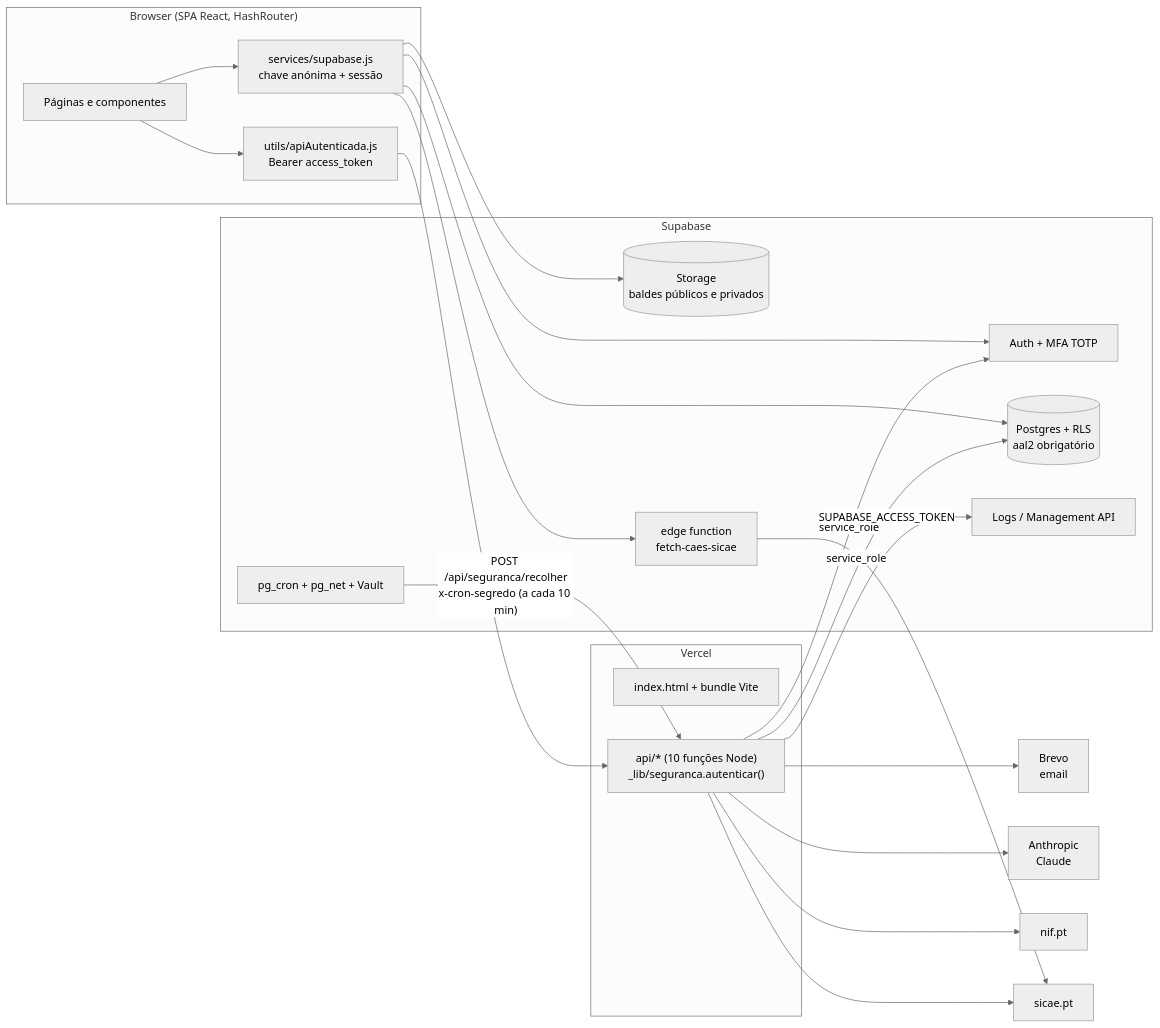
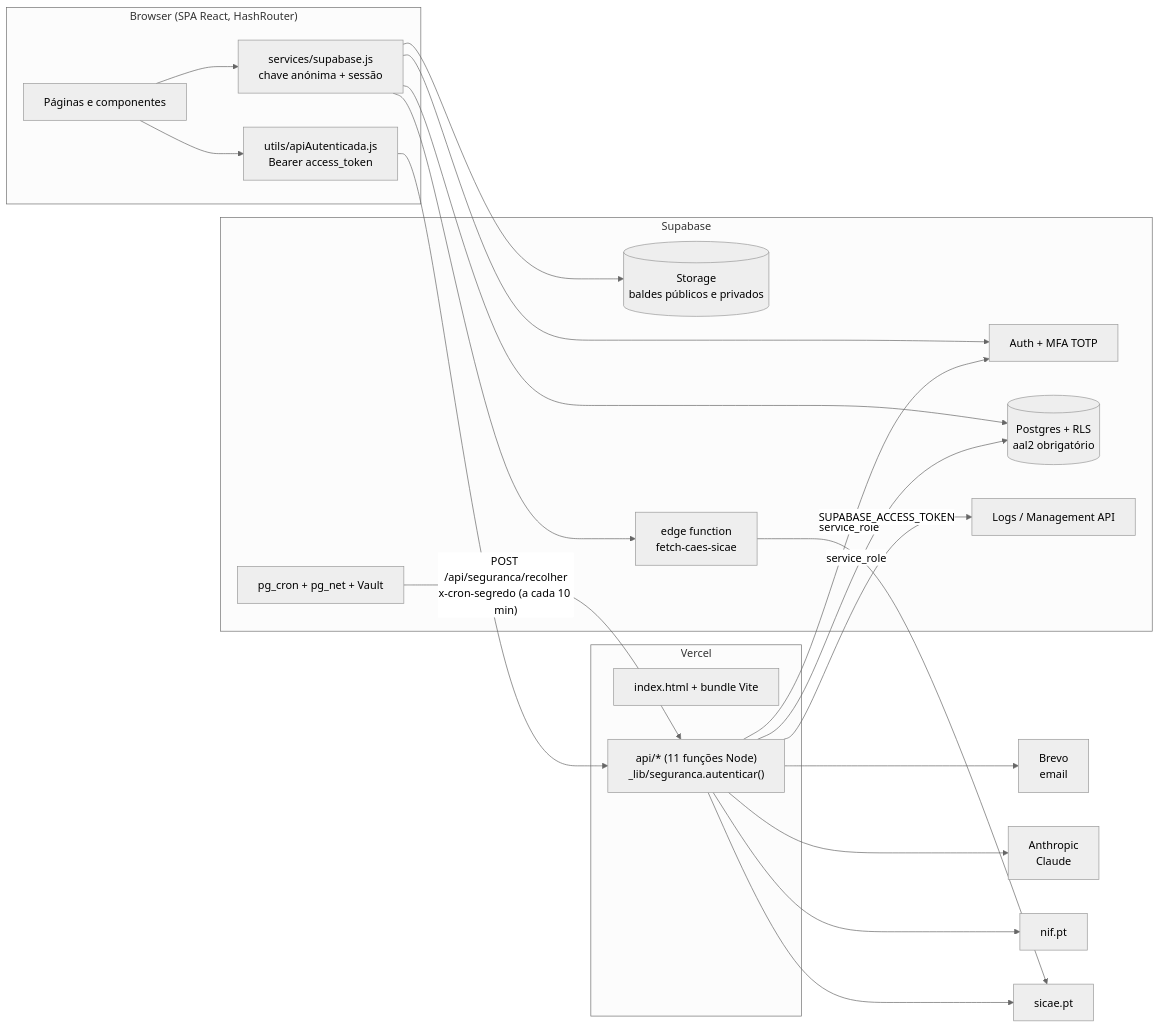
Before and after one commit to gabrielpedro06/main: the diagram in docs/01-arquitetura.md, drawn with Mermaid (neutral theme). The commit also changed 17 other files, not shown here.

````diff
--- a/docs/01-arquitetura.md
+++ b/docs/01-arquitetura.md
@@ -308,41 +308,41 @@
 ```mermaid
 flowchart LR
   subgraph Browser["Browser (SPA React, HashRouter)"]
     UI[Páginas e componentes]
     SB[services/supabase.js<br/>chave anónima + sessão]
     API[utils/apiAutenticada.js<br/>Bearer access_token]
   end
 
   subgraph Vercel
     STATIC[index.html + bundle Vite]
-    FN["api/* (10 funções Node)<br/>_lib/seguranca.autenticar()"]
+    FN["api/* (11 funções Node)<br/>_lib/seguranca.autenticar()"]
   end
 
   subgraph Supabase
     AUTH[Auth + MFA TOTP]
     DB[(Postgres + RLS<br/>aal2 obrigatório)]
     ST[(Storage<br/>baldes públicos e privados)]
     CRON[pg_cron + pg_net + Vault]
     EDGE[edge function<br/>fetch-caes-sicae]
     LOGS[Logs / Management API]
   end
 
   BREVO[Brevo<br/>email]
   CLAUDE[Anthropic<br/>Claude]
   NIFPT[nif.pt]
   SICAE[sicae.pt]
 
   UI --> SB --> AUTH
   SB --> DB
   SB --> ST
   SB --> EDGE --> SICAE
   UI --> API --> FN
   FN -- service_role --> DB
   FN -- service_role --> AUTH
   FN --> BREVO
   FN --> CLAUDE
   FN --> NIFPT
   FN --> SICAE
   FN -- SUPABASE_ACCESS_TOKEN --> LOGS
   CRON -- "POST /api/seguranca/recolher<br/>x-cron-segredo (a cada 10 min)" --> FN
 ```
````
